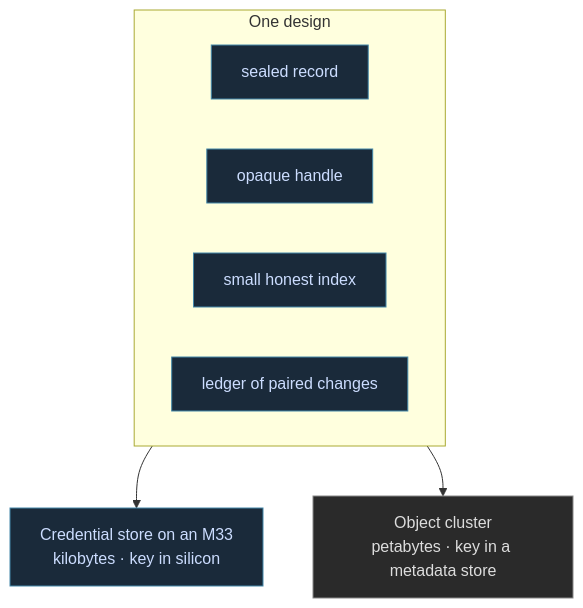
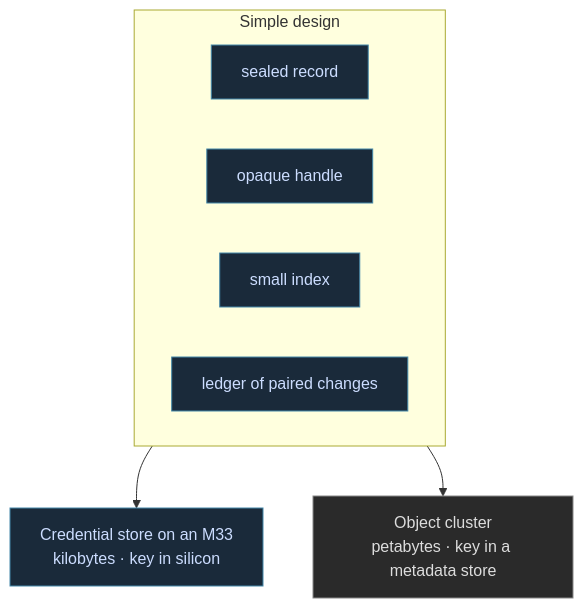
One commit to FidelityFramework/clef-lang-site changed the first of 4 diagrams in hugo/content/blog/an-emergent-file-system-model.md. Above: the diagram before and after it, drawn with Mermaid. The commit also changed other lines of this file, not shown here.

````diff
--- a/hugo/content/blog/an-emergent-file-system-model.md
+++ b/hugo/content/blog/an-emergent-file-system-model.md
@@ -14,16 +14,16 @@
 ```mermaid
 flowchart TB
-    subgraph CORE["One design"]
+    subgraph CORE["Simple design"]
         direction LR
         S1["sealed record"]
         S2["opaque handle"]
-        S3["small honest index"]
+        S3["small index"]
         S4["ledger of paired changes"]
     end
     CORE --> MCU["Credential store on an M33<br/>kilobytes · key in silicon"]
     CORE --> CLU["Object cluster<br/>petabytes · key in a metadata store"]
     classDef ours fill:#1a2a3a,stroke:#48a,color:#cdf;
     classDef theirs fill:#2a2a2a,stroke:#888,color:#ddd;
     class S1,S2,S3,S4,MCU ours;
     class CLU theirs;
 ```
````
